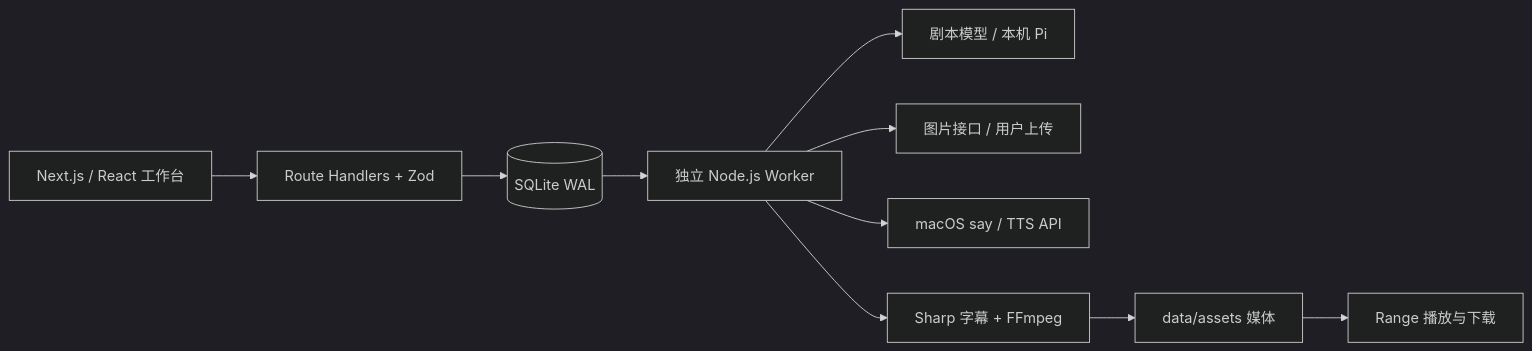
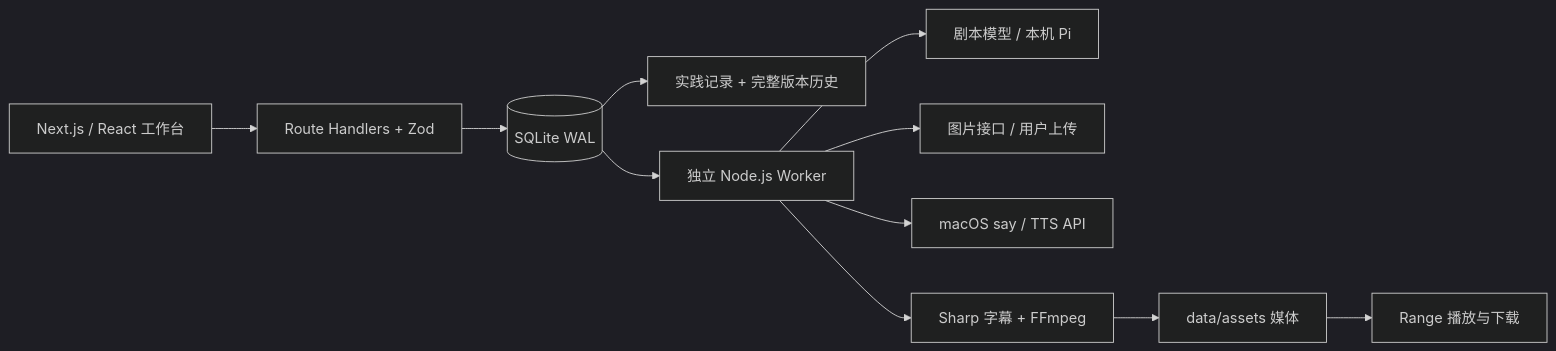
One commit to Yiheng-guo/manxu-studio changed the diagram in README.md. Above: the diagram before and after it, drawn with Mermaid (dark theme). The commit also changed other lines of this file and 43 other files, not shown here.

````diff
--- a/README.md
+++ b/README.md
@@ -114,12 +153,13 @@
 ```mermaid
 flowchart LR
   UI[Next.js / React 工作台] --> API[Route Handlers + Zod]
   API --> DB[(SQLite WAL)]
+  DB --> Records[实践记录 + 完整版本历史]
   DB --> Worker[独立 Node.js Worker]
   Worker --> LLM[剧本模型 / 本机 Pi]
   Worker --> Image[图片接口 / 用户上传]
   Worker --> Voice[macOS say / TTS API]
   Worker --> FFmpeg[Sharp 字幕 + FFmpeg]
   FFmpeg --> Media[data/assets 媒体]
   Media --> Player[Range 播放与下载]
 ```
````
